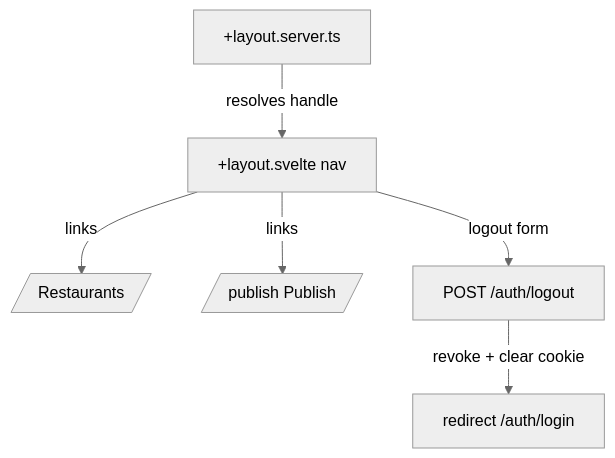
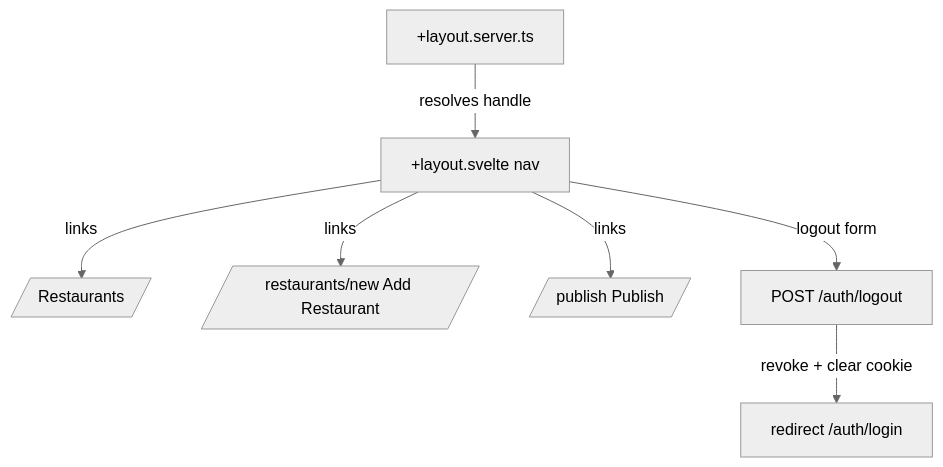
Before and after one commit to cainux/foodmap: the diagram in openspec/changes/add-admin-navigation/design.md, drawn with Mermaid (neutral theme). The commit also changed other lines of this file and 4 other files, not shown here.

````diff
--- a/openspec/changes/add-admin-navigation/design.md
+++ b/openspec/changes/add-admin-navigation/design.md
@@ -31,8 +35,9 @@
 ```mermaid
 flowchart TD
     A[+layout.server.ts] -->|resolves handle| B[+layout.svelte nav]
     B -->|links| C[/ Restaurants/]
+    B -->|links| G[/restaurants/new Add Restaurant/]
     B -->|links| D[/publish Publish/]
     B -->|logout form| E[POST /auth/logout]
     E -->|revoke + clear cookie| F[redirect /auth/login]
 ```
````
